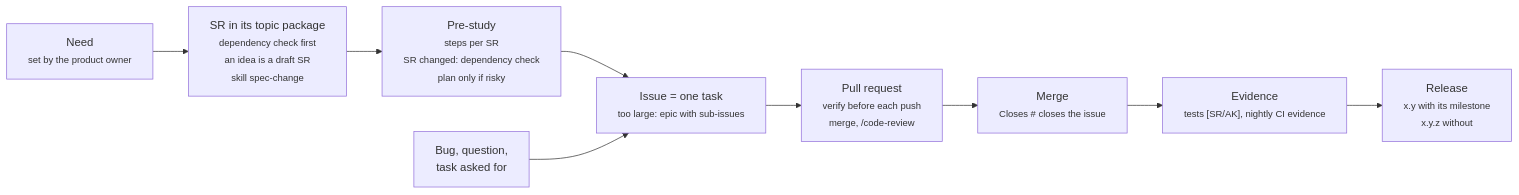
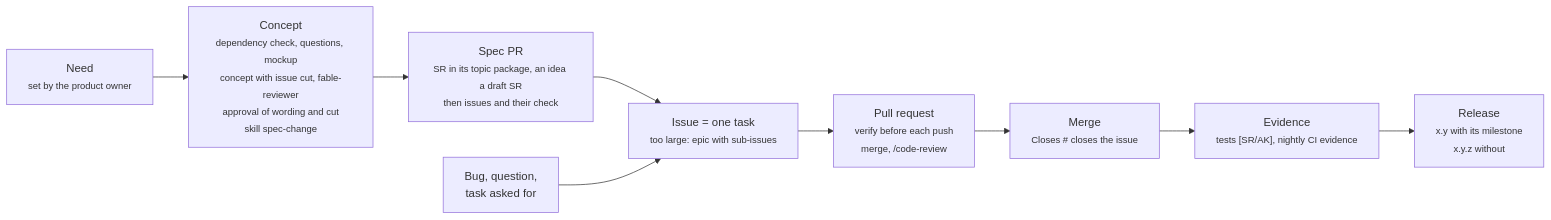
Before and after one commit to ThomasBirkmaier/ReqSeq: the first of 2 diagrams in docs/process.md, drawn with Mermaid. The commit also changed other lines of this file and 5 other files, not shown here.

First line of the commit message:
docs(rules): one numbered spec-change path with mockup and issue check (#1613)

````diff
--- a/docs/process.md
+++ b/docs/process.md
@@ -5,16 +5,16 @@
 ```mermaid
 flowchart LR
   need["Need<br/><small>set by the product owner</small>"]
-  sr["SR in its topic package<br/><small>dependency check first<br/>an idea is a draft SR<br/>skill spec-change</small>"]
-  study["Pre-study<br/><small>steps per SR<br/>SR changed: dependency check<br/>plan only if risky</small>"]
+  concept["Concept<br/><small>dependency check, questions, mockup<br/>concept with issue cut, fable-reviewer<br/>approval of wording and cut<br/>skill spec-change</small>"]
+  specpr["Spec PR<br/><small>SR in its topic package, an idea a draft SR<br/>then issues and their check</small>"]
   entry["Bug, question,<br/>task asked for"]
   issue["Issue = one task<br/><small>too large: epic with sub-issues</small>"]
   pr["Pull request<br/><small>verify before each push<br/>merge, /code-review</small>"]
   merged["Merge<br/><small>Closes # closes the issue</small>"]
   evidence["Evidence<br/><small>tests [SR/AK], nightly CI evidence</small>"]
   release["Release<br/><small>x.y with its milestone<br/>x.y.z without</small>"]
 
-  need --> sr --> study --> issue
+  need --> concept --> specpr --> issue
   entry --> issue
   issue --> pr --> merged --> evidence --> release
 ```
````
